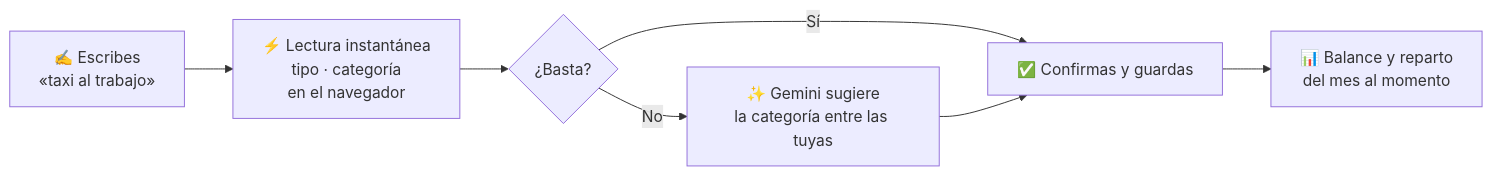
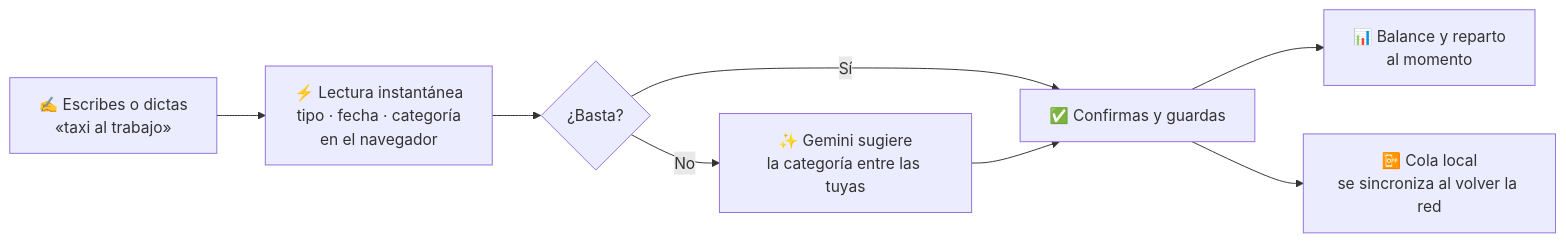
One commit to cesarcunyarache/zentlet-next changed the diagram in README.md. Above: the diagram before and after it, drawn with Mermaid. The commit also changed other lines of this file, not shown here.

````diff
--- a/README.md
+++ b/README.md
@@ -124,9 +155,10 @@
 ```mermaid
 flowchart LR
-    A["✍️ Escribes<br/>«taxi al trabajo»"] --> B["⚡ Lectura instantánea<br/>tipo · categoría<br/>en el navegador"]
+    A["✍️ Escribes o dictas<br/>«taxi al trabajo»"] --> B["⚡ Lectura instantánea<br/>tipo · fecha · categoría<br/>en el navegador"]
     B --> C{"¿Basta?"}
     C -- Sí --> E["✅ Confirmas y guardas"]
     C -- No --> D["✨ Gemini sugiere<br/>la categoría entre las tuyas"]
     D --> E
-    E --> F["📊 Balance y reparto<br/>del mes al momento"]
+    E --> F["📊 Balance y reparto<br/>al momento"]
+    E --> G["📴 Cola local<br/>se sincroniza al volver la red"]
 ```
````
